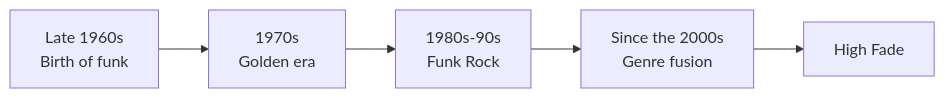
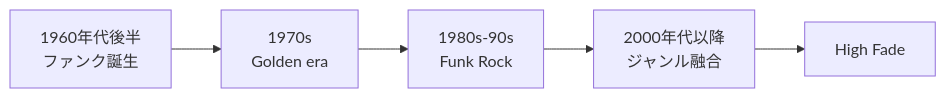
One commit to monumental-movement/monumental-movement.github.io changed the second of 16 diagrams in en/_posts/2026-08-04-column-high-fade.md. Above: the diagram before and after it, drawn with Mermaid. The commit also changed other lines of this file and 2196 other files, not shown here.

```diff
--- a/en/_posts/2026-08-04-column-high-fade.md
+++ b/en/_posts/2026-08-04-column-high-fade.md
@@ -382,13 +381,13 @@
 <div class="mermaid">
 flowchart LR
-A[Late 1960s<br/>Birth of funk]
+A[1960年代後半<br/>ファンク誕生]
 B[1970s<br/>Golden era]
 C[1980s-90s<br/>Funk Rock]
-D[Since the 2000s<br/>Genre fusion]
+D[2000年代以降<br/>ジャンル融合]
 E[High Fade]
 
 A --> B
 B --> C
 C --> D
 D --> E
 </div>
```
